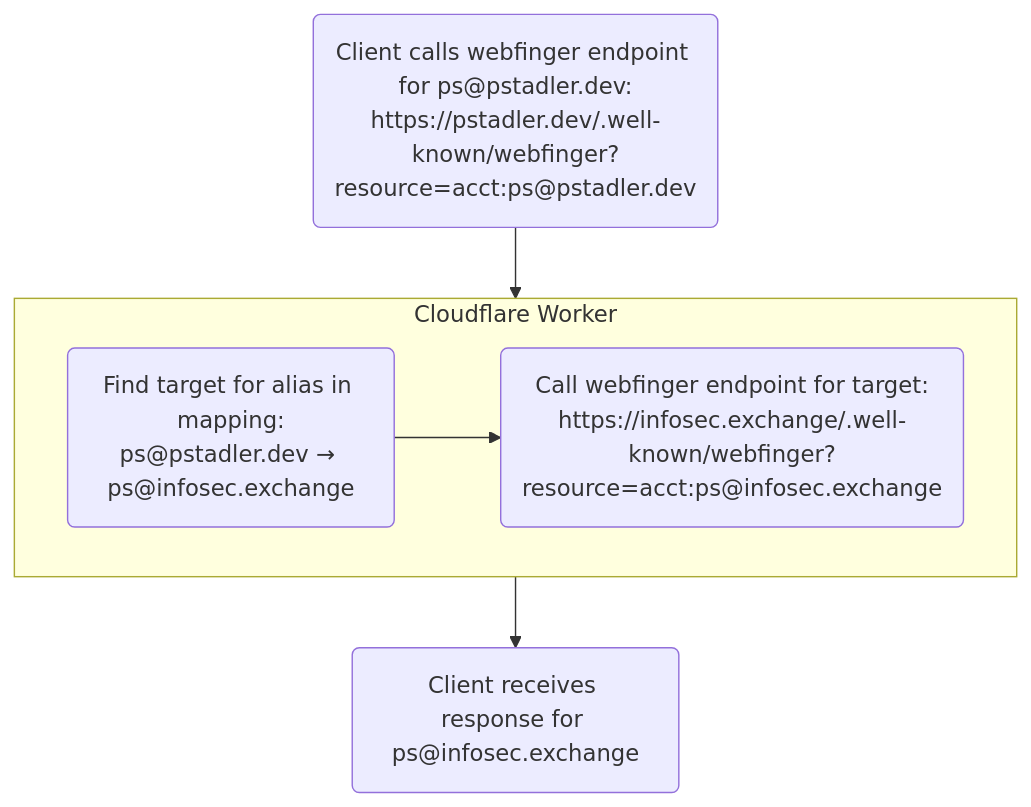
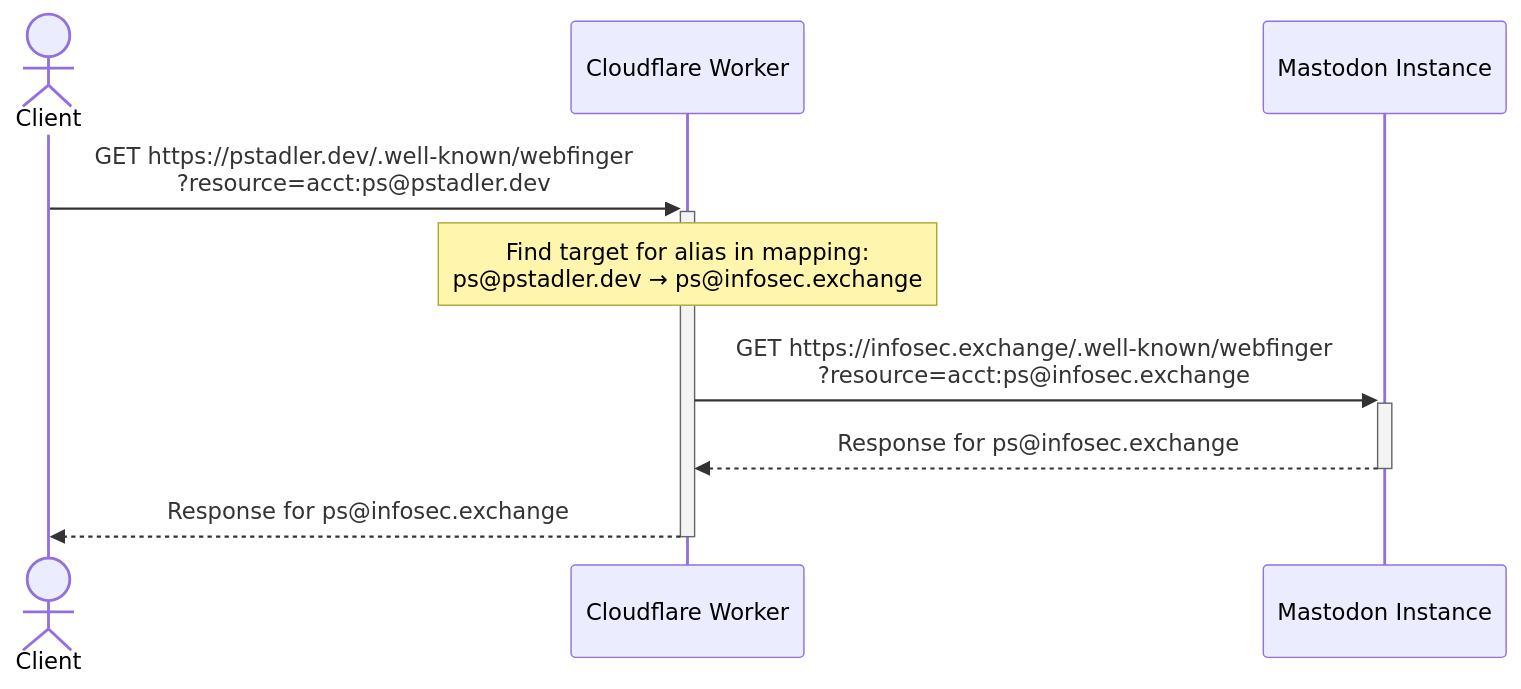
The diagram in README.md (pstadler/cloudflare-webfinger), drawn with Mermaid before and after one commit.

Commit message:
replace diagram

````diff
--- a/README.md
+++ b/README.md
@@ -8,11 +8,12 @@
 ```mermaid
-flowchart TD
-  origin("Client calls webfinger endpoint for ps@pstadler.dev:<br>https://pstadler.dev/.well-known/webfinger?resource=acct:ps@pstadler.dev")
-  subgraph worker[Cloudflare Worker]
-    mapping("Find target for alias in mapping:<br>ps@pstadler.dev → ps@infosec.exchange")
-    -->
-    target("Call webfinger endpoint for target:<br>https://infosec.exchange/.well-known/webfinger?resource=acct:ps@infosec.exchange")
-  end
-  response("Client receives response for ps@infosec.exchange")
-  origin --> worker --> response
+sequenceDiagram
+  actor C as Client
+  participant W as Cloudflare Worker
+  participant M as Mastodon Instance
+
+  C->>+W: GET https://pstadler.dev/.well-known/webfinger<br>?resource=acct:ps@pstadler.dev
+  Note over W: Find target for alias in mapping:<br>ps@pstadler.dev → ps@infosec.exchange
+  W->>+M: GET https://infosec.exchange/.well-known/webfinger<br>?resource=acct:ps@infosec.exchange
+  M-->>-W: Response for ps@infosec.exchange
+  W-->>-C: Response for ps@infosec.exchange
 ```
````
